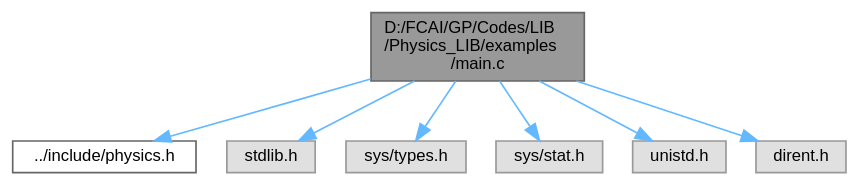
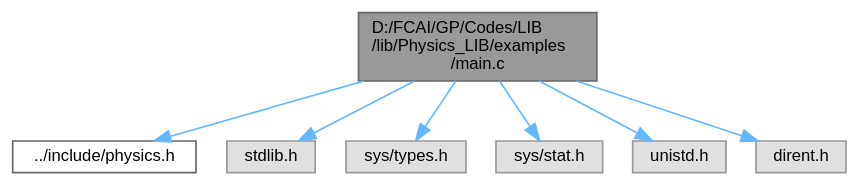
One commit to Computational-science-based-on-HPC/Computational-science-based-on-HPC.github.i changed the diagram in main_8c__incl.dot. Above: the diagram before and after it, drawn with Graphviz. The commit also changed 103 other files, not shown here.

```diff
--- a/main_8c__incl.dot
+++ b/main_8c__incl.dot
@@ -1,20 +1,20 @@
-digraph "D:/FCAI/GP/Codes/LIB/Physics_LIB/examples/main.c"
+digraph "D:/FCAI/GP/Codes/LIB/lib/Physics_LIB/examples/main.c"
 {
  // LATEX_PDF_SIZE
   bgcolor="transparent";
   edge [fontname=Helvetica,fontsize=10,labelfontname=Helvetica,labelfontsize=10];
   node [fontname=Helvetica,fontsize=10,shape=box,height=0.2,width=0.4];
-  Node1 [id="Node000001",label="D:/FCAI/GP/Codes/LIB\l/Physics_LIB/examples\l/main.c",height=0.2,width=0.4,color="gray40", fillcolor="grey60", style="filled", fontcolor="black",tooltip=" "];
+  Node1 [id="Node000001",label="D:/FCAI/GP/Codes/LIB\l/lib/Physics_LIB/examples\l/main.c",height=0.2,width=0.4,color="gray40", fillcolor="grey60", style="filled", fontcolor="black",tooltip=" "];
   Node1 -> Node2 [id="edge1_Node000001_Node000002",color="steelblue1",style="solid",tooltip=" "];
-  Node2 [id="Node000002",label="../include/physics.h",height=0.2,width=0.4,color="grey40", fillcolor="white", style="filled",URL="$physics_8h.html",tooltip=" "];
+  Node2 [id="Node000002",label="../include/physics.h",height=0.2,width=0.4,color="grey40", fillcolor="white", style="filled",URL="$physics_8h.html",tooltip="This file contains collection of all simulations calls."];
   Node1 -> Node3 [id="edge2_Node000001_Node000003",color="steelblue1",style="solid",tooltip=" "];
   Node3 [id="Node000003",label="stdlib.h",height=0.2,width=0.4,color="grey60", fillcolor="#E0E0E0", style="filled",tooltip=" "];
   Node1 -> Node4 [id="edge3_Node000001_Node000004",color="steelblue1",style="solid",tooltip=" "];
   Node4 [id="Node000004",label="sys/types.h",height=0.2,width=0.4,color="grey60", fillcolor="#E0E0E0", style="filled",tooltip=" "];
   Node1 -> Node5 [id="edge4_Node000001_Node000005",color="steelblue1",style="solid",tooltip=" "];
   Node5 [id="Node000005",label="sys/stat.h",height=0.2,width=0.4,color="grey60", fillcolor="#E0E0E0", style="filled",tooltip=" "];
   Node1 -> Node6 [id="edge5_Node000001_Node000006",color="steelblue1",style="solid",tooltip=" "];
   Node6 [id="Node000006",label="unistd.h",height=0.2,width=0.4,color="grey60", fillcolor="#E0E0E0", style="filled",tooltip=" "];
   Node1 -> Node7 [id="edge6_Node000001_Node000007",color="steelblue1",style="solid",tooltip=" "];
   Node7 [id="Node000007",label="dirent.h",height=0.2,width=0.4,color="grey60", fillcolor="#E0E0E0", style="filled",tooltip=" "];
 }
```
